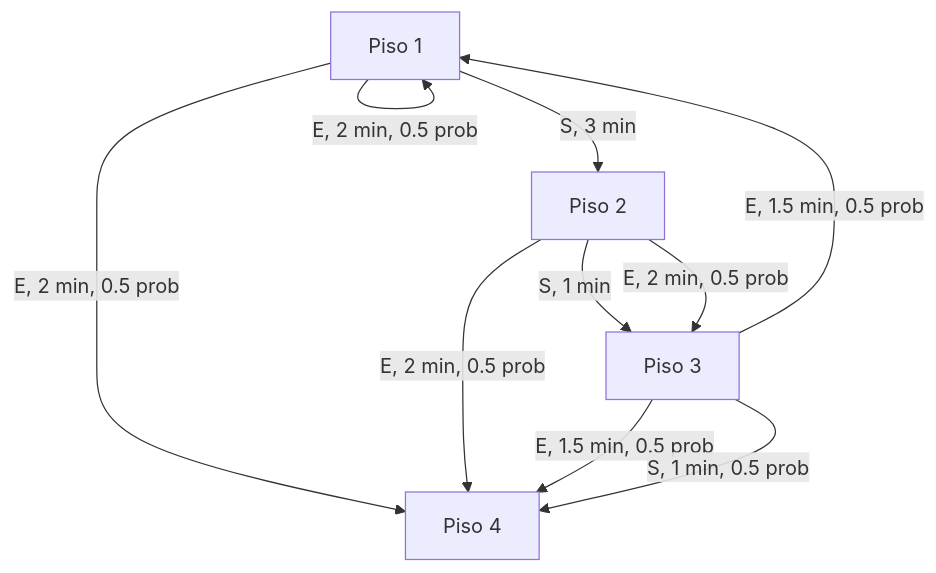
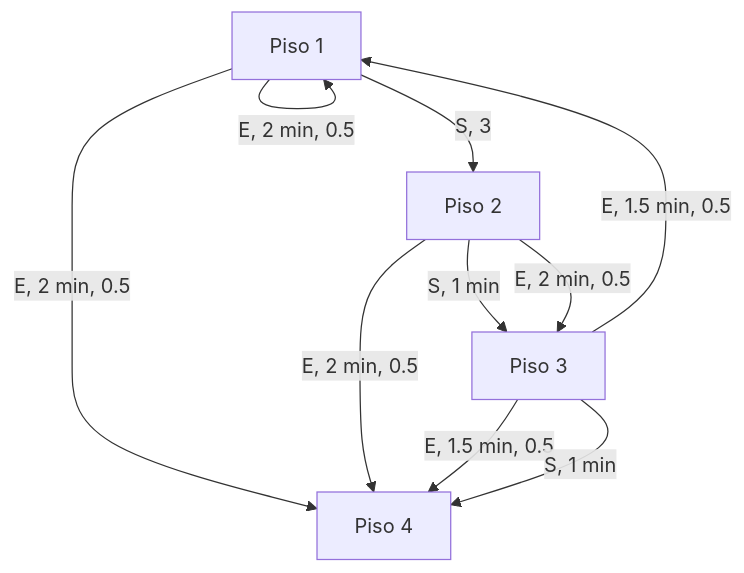
The first of 2 diagrams in Agentes inteligentes/Practico/MDP y Programación dinámica/Escaleras mágicas.md (BRJoaquin/ia-obsidian), drawn with Mermaid before and after one commit. The commit also changed other lines of this file, not shown here.

Commit message:
vault backup: 2023-04-09 20:35:48

````diff
--- a/Agentes inteligentes/Practico/MDP y Programación dinámica/Escaleras mágicas.md
+++ b/Agentes inteligentes/Practico/MDP y Programación dinámica/Escaleras mágicas.md
@@ -4,12 +4,12 @@
 ```mermaid
 graph TD
-    A[Piso 1] -->|S, 3 min| B[Piso 2]
-    A -->|E, 2 min, 0.5 prob| A
-    A -->|E, 2 min, 0.5 prob| D[Piso 4]
+    A[Piso 1] -->|S, 3 | B[Piso 2]
+    A -->|E, 2 min, 0.5| A
+    A -->|E, 2 min, 0.5| D[Piso 4]
     B -->|S, 1 min| C[Piso 3]
-    B -->|E, 2 min, 0.5 prob| C
-    B -->|E, 2 min, 0.5 prob| D
-    C -->|E, 1.5 min, 0.5 prob| A
-    C -->|E, 1.5 min, 0.5 prob| D
-    C -->|S, 1 min, 0.5 prob| D
+    B -->|E, 2 min, 0.5| C
+    B -->|E, 2 min, 0.5| D
+    C -->|E, 1.5 min, 0.5| A
+    C -->|E, 1.5 min, 0.5| D
+    C -->|S, 1 min| D
 ```
````
